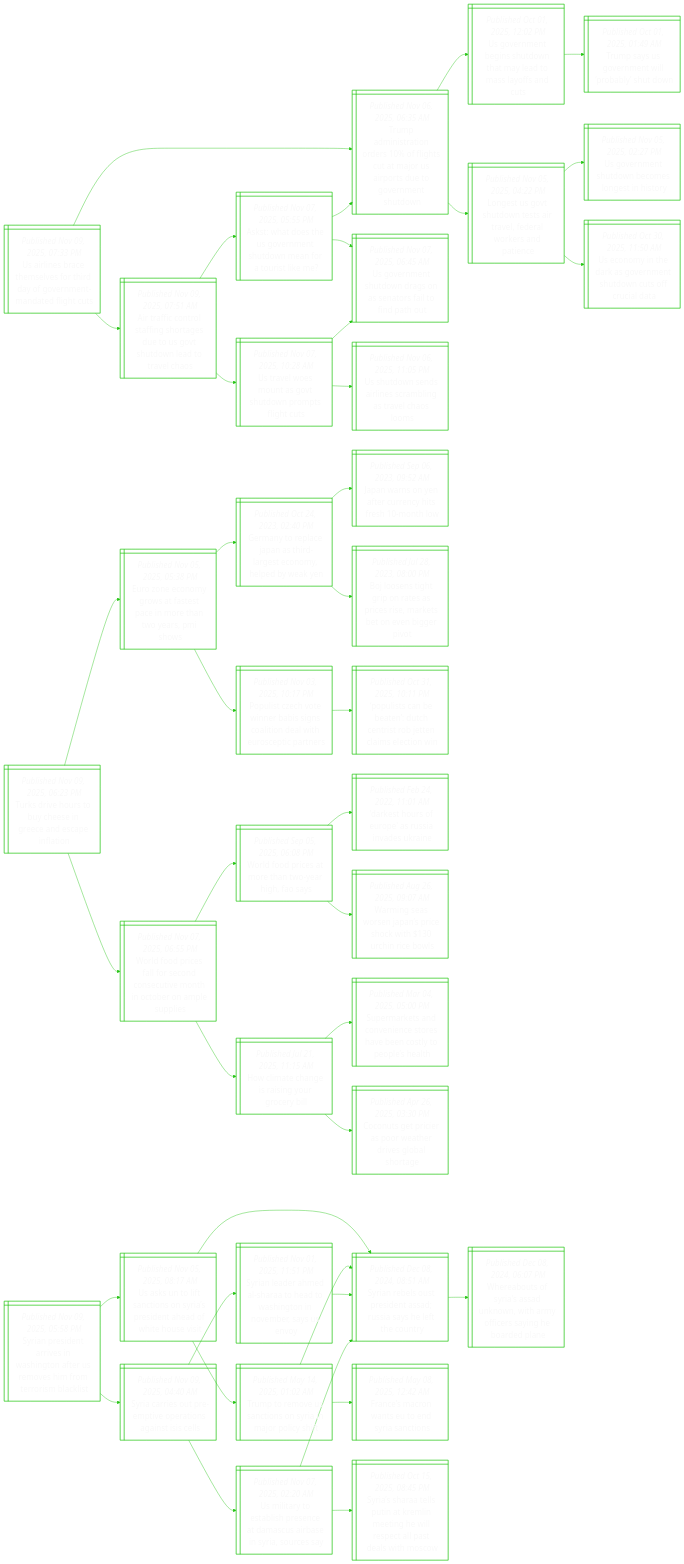
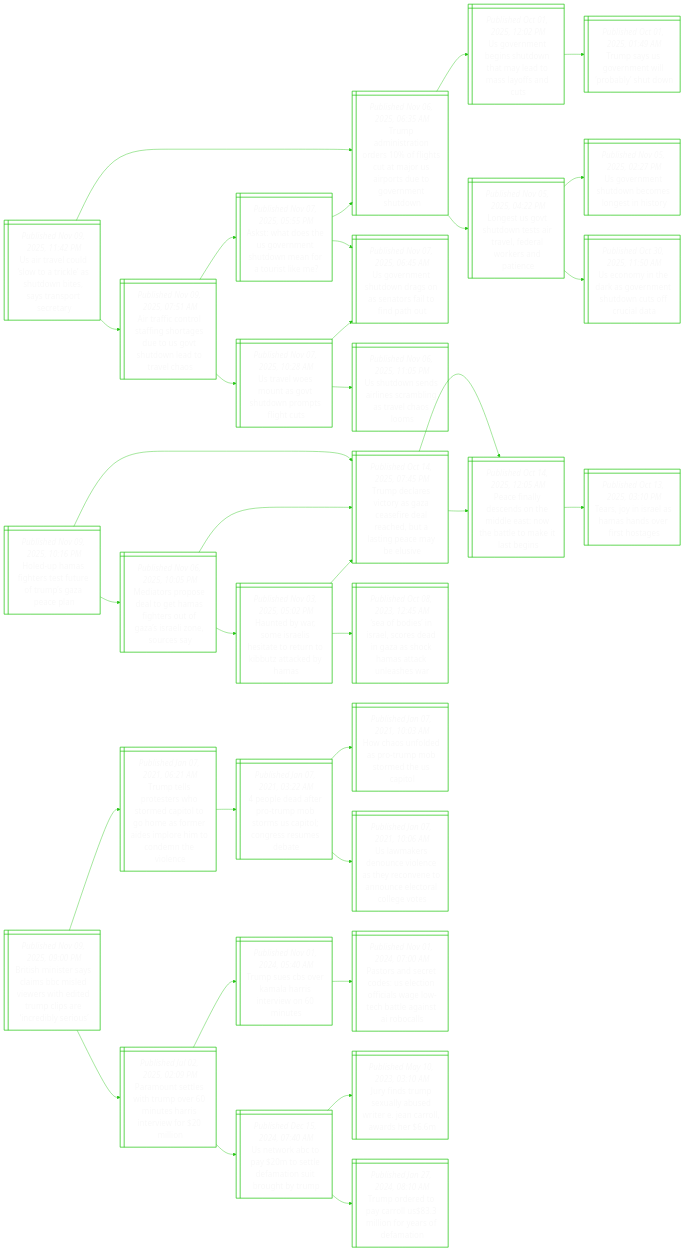
One commit to notJmes/notJmes changed the diagram in README.md. Above: the diagram before and after it, drawn with Mermaid. The commit also changed other lines of this file, not shown here.

````diff
--- a/README.md
+++ b/README.md
@@ -16,8 +16,8 @@
 flowchart LR
 classDef txtsize font-size:20px;
 
-Ulbtefiyvendhs@{ shape: win-pane, label: "_Published Nov 09, 2025, 07:33 PM_
-Us airlines brace themselves for third day of government-mandated flight cuts" }
+Utldtiatbsrocr@{ shape: win-pane, label: "_Published Nov 09, 2025, 11:42 PM_
+Us air travel could ‘slow to a trickle’ as shutdown bites, says transport secretary" }
 TaitroguaSouomhw@{ shape: win-pane, label: "_Published Nov 06, 2025, 06:35 AM_
 Trump administration orders 10% of flights cut at major us airports due to government shutdown" }
 Ueniunmaayat@{ shape: win-pane, label: "_Published Oct 01, 2025, 12:02 PM_
@@ -45,13 +45,13 @@
 Uentdoerlnh@{ shape: win-pane, label: "_Published Nov 07, 2025, 06:45 AM_
 Us government shutdown drags on as senators fail to find path out" }
 
-Ulbtefiyvendhs:::txtsize --> TaitroguaSouomhw:::txtsize
+Utldtiatbsrocr:::txtsize --> TaitroguaSouomhw:::txtsize
 TaitroguaSouomhw:::txtsize --> Ueniunmaayat:::txtsize
 Ueniunmaayat:::txtsize --> TsSrtpbun:::txtsize
 TaitroguaSouomhw:::txtsize --> Lsounsrfakni:::txtsize
 Lsounsrfakni:::txtsize --> Uentbegno:::txtsize
 Lsounsrfakni:::txtsize --> Unnagnsotcaa:::txtsize
-Ulbtefiyvendhs:::txtsize --> AacofsauSsoarc:::txtsize
+Utldtiatbsrocr:::txtsize --> AacofsauSsoarc:::txtsize
 AacofsauSsoarc:::txtsize --> aWoeveunfotm:::txtsize
 aWoeveunfotm:::txtsize --> Uentdoerlnh:::txtsize
 aWoeveunfotm:::txtsize --> TaitroguaSouomhw:::txtsize
@@ -59,87 +59,69 @@
 Uvenounpiu:::txtsize --> Utsanritlss:::txtsize
 Uvenounpiu:::txtsize --> Uentdoerlnh:::txtsize
 
-Tdhtceenafo@{ shape: win-pane, label: "_Published Nov 09, 2025, 06:23 PM_
-Turks drive hours to buy cheese in greece and escape inflation" }
-Eoogatamhosh@{ shape: win-pane, label: "_Published Nov 05, 2025, 05:38 PM_
-Euro zone economy grows at fastest pace in more than two years, pmi shows" }
-Gneenirempwe@{ shape: win-pane, label: "_Published Oct 24, 2023, 02:40 PM_
-Germany to replace japan as third-largest economy, helped by weak yen" }
-Jwoacntst@{ shape: win-pane, label: "_Published Sep 06, 2023, 09:52 AM_
-Japan warns on yen after currency hits fresh 10-month low" }
-Botgnsiirbeip@{ shape: win-pane, label: "_Published Jul 28, 2023, 08:00 PM_
-Boj loosens tight grip on rates as prices rise, markets bet on even bigger pivot" }
-PietnbgaolEccn@{ shape: win-pane, label: "_Published Nov 03, 2025, 10:17 PM_
-Populist czech vote winner babis signs coalition deal with eurosceptic partners" }
-PiaeDcibeien@{ shape: win-pane, label: "_Published Oct 31, 2025, 10:11 PM_
-‘populists can be beaten’: dutch centrist rob jetten claims election win" }
-Wfrfoontonbasi@{ shape: win-pane, label: "_Published Nov 07, 2025, 06:55 PM_
-World food prices fall for second consecutive month in october on ample supplies" }
-Wfraetaha@{ shape: win-pane, label: "_Published Sep 05, 2025, 06:08 PM_
-World food prices at more than two-year high, fao says" }
-DsruasvUn@{ shape: win-pane, label: "_Published Feb 24, 2022, 11:01 AM_
-'darkest hours of europe' as russia invades ukraine" }
-Wnseaiothcl@{ shape: win-pane, label: "_Published Aug 26, 2025, 09:07 AM_
-Warming seas worsen japan’s price shock with $130 urchin rice bowls" }
-Hiceiyry@{ shape: win-pane, label: "_Published Jul 21, 2025, 11:15 AM_
-How climate change is raising your grocery bill" }
-Smtcneeecyohh@{ shape: win-pane, label: "_Published Mar 04, 2025, 05:00 PM_
-Supermarkets and convenience stores have been costly to people’s health" }
-Cutipereboe@{ shape: win-pane, label: "_Published Apr 26, 2025, 03:30 PM_
-Coconuts get pricier as poor weather drives global shortage" }
+Huahtuomzcn@{ shape: win-pane, label: "_Published Nov 09, 2025, 10:16 PM_
+Holed-up hamas fighters test future of trump’s gaza peace plan" }
+Tdrcaaededlncbs@{ shape: win-pane, label: "_Published Oct 14, 2025, 07:45 PM_
+Trump declares victory as gaza ceasefire deal reached, but a lasting peace may be elusive" }
+PflcoMeNelale@{ shape: win-pane, label: "_Published Oct 14, 2025, 12:05 AM_
+Peace finally descends on the middle east: now the battle to make it last begins" }
+TjIlmnest@{ shape: win-pane, label: "_Published Oct 13, 2025, 03:10 PM_
+Tears, joy in israel as hamas hands over first hostages" }
+MtretHfetzrzos@{ shape: win-pane, label: "_Published Nov 06, 2025, 10:05 PM_
+Mediators propose deal to get hamas fighters out of gaza’s israeli zone, sources say" }
+Tdrcaaededlncbs@{ shape: win-pane, label: "_Published Oct 14, 2025, 07:45 PM_
+Trump declares victory as gaza ceasefire deal reached, but a lasting peace may be elusive" }
+PflcoMeNelale@{ shape: win-pane, label: "_Published Oct 14, 2025, 12:05 AM_
+Peace finally descends on the middle east: now the battle to make it last begins" }
+Heaeeetetbtea@{ shape: win-pane, label: "_Published Nov 03, 2025, 05:02 PM_
+Haunted by war, some israelis hesitate to return to kibbutz attacked by hamas" }
+Tdrcaaededlncbs@{ shape: win-pane, label: "_Published Oct 14, 2025, 07:45 PM_
+Trump declares victory as gaza ceasefire deal reached, but a lasting peace may be elusive" }
+Sbsrcdnacaale@{ shape: win-pane, label: "_Published Oct 08, 2023, 12:45 AM_
+‘sea of bodies’ in israel, scores dead in gaza as shock hamas attack unleashes war" }
 
-Tdhtceenafo:::txtsize --> Eoogatamhosh:::txtsize
-Eoogatamhosh:::txtsize --> Gneenirempwe:::txtsize
-Gneenirempwe:::txtsize --> Jwoacntst:::txtsize
-Gneenirempwe:::txtsize --> Botgnsiirbeip:::txtsize
-Eoogatamhosh:::txtsize --> PietnbgaolEccn:::txtsize
-PietnbgaolEccn:::txtsize --> PiaeDcibeien:::txtsize
-Tdhtceenafo:::txtsize --> Wfrfoontonbasi:::txtsize
-Wfrfoontonbasi:::txtsize --> Wfraetaha:::txtsize
-Wfraetaha:::txtsize --> DsruasvUn:::txtsize
-Wfraetaha:::txtsize --> Wnseaiothcl:::txtsize
-Wfrfoontonbasi:::txtsize --> Hiceiyry:::txtsize
-Hiceiyry:::txtsize --> Smtcneeecyohh:::txtsize
-Hiceiyry:::txtsize --> Cutipereboe:::txtsize
+Huahtuomzcn:::txtsize --> Tdrcaaededlncbs:::txtsize
+Tdrcaaededlncbs:::txtsize --> PflcoMeNelale:::txtsize
+PflcoMeNelale:::txtsize --> TjIlmnest:::txtsize
+Huahtuomzcn:::txtsize --> MtretHfetzrzos:::txtsize
+MtretHfetzrzos:::txtsize --> Tdrcaaededlncbs:::txtsize
+Tdrcaaededlncbs:::txtsize --> PflcoMeNelale:::txtsize
+MtretHfetzrzos:::txtsize --> Heaeeetetbtea:::txtsize
+Heaeeetetbtea:::txtsize --> Tdrcaaededlncbs:::txtsize
+Heaeeetetbtea:::txtsize --> Sbsrcdnacaale:::txtsize
 
-SniaeagfSvmtrli@{ shape: win-pane, label: "_Published Nov 09, 2025, 05:58 PM_
-Syrian president arrives in washington after us removes him from terrorism blacklist" }
-UslaoSsiaotsi@{ shape: win-pane, label: "_Published Nov 05, 2025, 08:17 AM_
-Us asks un to lift sanctions on syria’s president ahead of white house visit" }
-SnltiARahtoy@{ shape: win-pane, label: "_Published Dec 08, 2024, 08:51 AM_
-Syrian rebels oust president assad; russia says he left the country" }
-Wasrsnnafriben@{ shape: win-pane, label: "_Published Dec 08, 2024, 06:07 PM_
-Whereabouts of syria's assad unknown, with army officers saying he boarded plane" }
-Ttosinajlh@{ shape: win-pane, label: "_Published May 14, 2025, 01:02 AM_
-Trump to remove us sanctions on syria in major policy shift" }
-SnltiARahtoy@{ shape: win-pane, label: "_Published Dec 08, 2024, 08:51 AM_
-Syrian rebels oust president assad; russia says he left the country" }
-FerntSsi@{ shape: win-pane, label: "_Published May 08, 2025, 12:42 AM_
-France’s macron wants eu to end syria sanctions" }
-SceppotasSs@{ shape: win-pane, label: "_Published Nov 09, 2025, 04:40 AM_
-Syria carries out pre-emptive operations against isis cells" }
-SneehtdstNbyn@{ shape: win-pane, label: "_Published Nov 01, 2025, 11:51 PM_
-Syrian leader ahmed al-sharaa to head to washington in november, says us envoy" }
-SnltiARahtoy@{ shape: win-pane, label: "_Published Dec 08, 2024, 08:51 AM_
-Syrian rebels oust president assad; russia says he left the country" }
-Uitahetsierus@{ shape: win-pane, label: "_Published Nov 07, 2025, 02:20 AM_
-Us military to establish presence at damascus airbase in syria, sources say" }
-SnltiARahtoy@{ shape: win-pane, label: "_Published Dec 08, 2024, 08:51 AM_
-Syrian rebels oust president assad; russia says he left the country" }
-Ssalirniwetaatc@{ shape: win-pane, label: "_Published Oct 15, 2025, 08:45 PM_
-Syria’s sharaa tells putin at kremlin meeting he will respect all past deals with moscow" }
+BsislBsisedpsnies@{ shape: win-pane, label: "_Published Nov 09, 2025, 09:00 PM_
+British minister says claims bbc misled viewers with edited trump clips are ‘incredibly serious’" }
+TtpswoCooamdphcmvn@{ shape: win-pane, label: "_Published Jan 07, 2021, 06:21 AM_
+Trump tells protesters who stormed capitol to go home as former aides implore him to condemn the violence" }
+peapubmalrest@{ shape: win-pane, label: "_Published Jan 07, 2021, 03:22 AM_
+4 people dead after pro-trump mob storms us capitol; congress resumes debate" }
+HafdoptdSt@{ shape: win-pane, label: "_Published Jan 07, 2021, 10:03 AM_
+How chaos unfolded as pro-trump mob stormed the us capitol" }
+Umsuichcnncclet@{ shape: win-pane, label: "_Published Jan 07, 2021, 10:06 AM_
+Us lawmakers denounce violence as they reconvene to announce electoral college votes" }
+PoesToisiewin@{ shape: win-pane, label: "_Published Jul 02, 2025, 02:09 PM_
+Paramount settles with trump over 60 minutes harris interview for $20 million" }
+TsBrlrteis@{ shape: win-pane, label: "_Published Nov 01, 2024, 05:40 AM_
+Trump sues cbs over kamala harris interview on 60 minutes" }
+PrstsencwohliIc@{ shape: win-pane, label: "_Published Nov 01, 2024, 07:00 AM_
+Pastors and secret codes: us election officials wage low-tech battle against ai robocalls" }
+UwBasemnbhr@{ shape: win-pane, label: "_Published Dec 15, 2024, 07:40 AM_
+Us network abc to pay $20m to settle defamation suit brought by trump" }
+JirelsiJaldm@{ shape: win-pane, label: "_Published May 10, 2023, 03:10 AM_
+Jury finds trump sexually abused writer e. jean carroll, awards her $6.6m" }
+ToearSirsfi@{ shape: win-pane, label: "_Published Jan 27, 2024, 08:10 AM_
+Trump ordered to pay carroll us$83.3 million for years of defamation" }
 
-SniaeagfSvmtrli:::txtsize --> UslaoSsiaotsi:::txtsize
-UslaoSsiaotsi:::txtsize --> SnltiARahtoy:::txtsize
-SnltiARahtoy:::txtsize --> Wasrsnnafriben:::txtsize
-UslaoSsiaotsi:::txtsize --> Ttosinajlh:::txtsize
-Ttosinajlh:::txtsize --> SnltiARahtoy:::txtsize
-Ttosinajlh:::txtsize --> FerntSsi:::txtsize
-SniaeagfSvmtrli:::txtsize --> SceppotasSs:::txtsize
-SceppotasSs:::txtsize --> SneehtdstNbyn:::txtsize
-SneehtdstNbyn:::txtsize --> SnltiARahtoy:::txtsize
-SceppotasSs:::txtsize --> Uitahetsierus:::txtsize
-Uitahetsierus:::txtsize --> SnltiARahtoy:::txtsize
-Uitahetsierus:::txtsize --> Ssalirniwetaatc:::txtsize
+BsislBsisedpsnies:::txtsize --> TtpswoCooamdphcmvn:::txtsize
+TtpswoCooamdphcmvn:::txtsize --> peapubmalrest:::txtsize
+peapubmalrest:::txtsize --> HafdoptdSt:::txtsize
+peapubmalrest:::txtsize --> Umsuichcnncclet:::txtsize
+BsislBsisedpsnies:::txtsize --> PoesToisiewin:::txtsize
+PoesToisiewin:::txtsize --> TsBrlrteis:::txtsize
+TsBrlrteis:::txtsize --> PrstsencwohliIc:::txtsize
+PoesToisiewin:::txtsize --> UwBasemnbhr:::txtsize
+UwBasemnbhr:::txtsize --> JirelsiJaldm:::txtsize
+UwBasemnbhr:::txtsize --> ToearSirsfi:::txtsize
 
 ```
````
